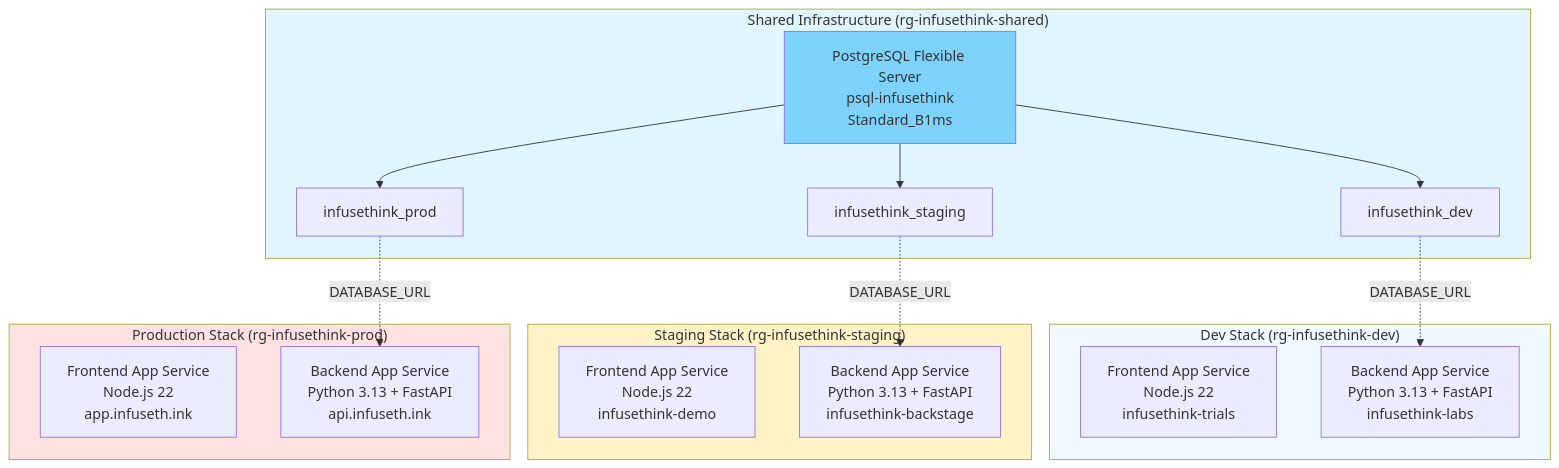
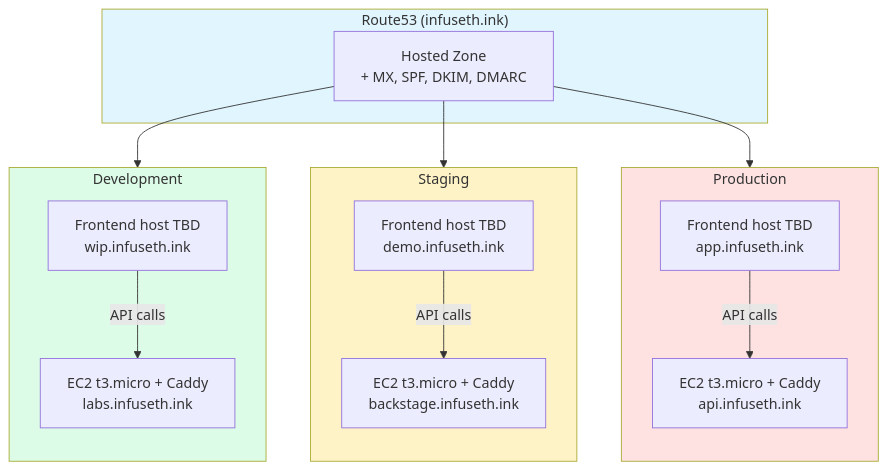
Before and after one commit to infuseth-ink/infusethink-iac: the diagram in README.md, drawn with Mermaid. The commit also changed other lines of this file, not shown here.

````diff
--- a/README.md
+++ b/README.md
@@ -11,38 +18,34 @@
 ```mermaid
 graph TB
-    subgraph shared["Shared Infrastructure (rg-infusethink-shared)"]
-        pg["PostgreSQL Flexible Server<br/>psql-infusethink<br/>Standard_B1ms"]
-        db_dev["infusethink_dev"]
-        db_staging["infusethink_staging"]
-        db_prod["infusethink_prod"]
-
-        pg --> db_dev
-        pg --> db_staging
-        pg --> db_prod
+    subgraph prod["Production"]
+        direction TB
+        fe_prod["Frontend host TBD<br/>app.infuseth.ink"]
+        caddy_prod["EC2 t3.micro + Caddy<br/>api.infuseth.ink"]
+        fe_prod -->|API calls| caddy_prod
     end
 
-    subgraph dev["Dev Stack (rg-infusethink-dev)"]
-        fe_dev["Frontend App Service<br/>Node.js 22<br/>infusethink-trials"]
-        be_dev["Backend App Service<br/>Python 3.13 + FastAPI<br/>infusethink-labs"]
+    subgraph staging["Staging"]
+        direction TB
+        fe_stg["Frontend host TBD<br/>demo.infuseth.ink"]
+        caddy_stg["EC2 t3.micro + Caddy<br/>backstage.infuseth.ink"]
+        fe_stg -->|API calls| caddy_stg
     end
 
-    subgraph staging["Staging Stack (rg-infusethink-staging)"]
-        fe_stg["Frontend App Service<br/>Node.js 22<br/>infusethink-demo"]
-        be_stg["Backend App Service<br/>Python 3.13 + FastAPI<br/>infusethink-backstage"]
+    subgraph dev["Development"]
+        direction TB
+        fe_dev["Frontend host TBD<br/>wip.infuseth.ink"]
+        caddy_dev["EC2 t3.micro + Caddy<br/>labs.infuseth.ink"]
+        fe_dev -->|API calls| caddy_dev
     end
 
-    subgraph prod["Production Stack (rg-infusethink-prod)"]
-        fe_prod["Frontend App Service<br/>Node.js 22<br/>app.infuseth.ink"]
-        be_prod["Backend App Service<br/>Python 3.13 + FastAPI<br/>api.infuseth.ink"]
+    subgraph dns["Route53 (infuseth.ink)"]
+        r53["Hosted Zone<br/>+ MX, SPF, DKIM, DMARC"]
     end
 
-    db_dev -.->|DATABASE_URL| be_dev
-    db_staging -.->|DATABASE_URL| be_stg
-    db_prod -.->|DATABASE_URL| be_prod
+    r53 --> fe_prod & fe_stg & fe_dev
 
-    style shared fill:#e1f5ff
-    style dev fill:#f0f9ff
+    style prod fill:#fee2e2
     style staging fill:#fef3c7
-    style prod fill:#fee2e2
-    style pg fill:#7dd3fc
+    style dev fill:#dcfce7
+    style dns fill:#e1f5ff
 ```
````
